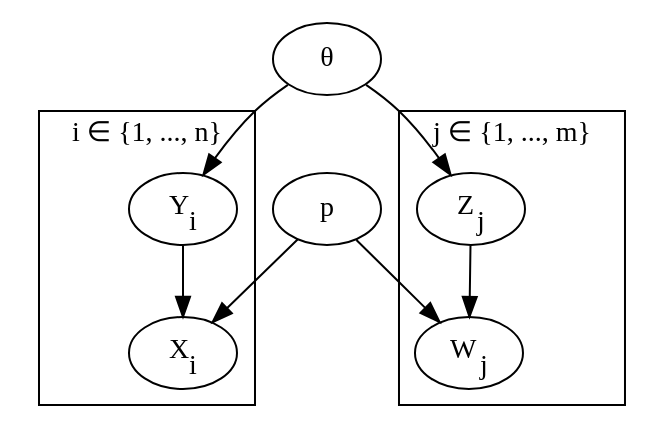
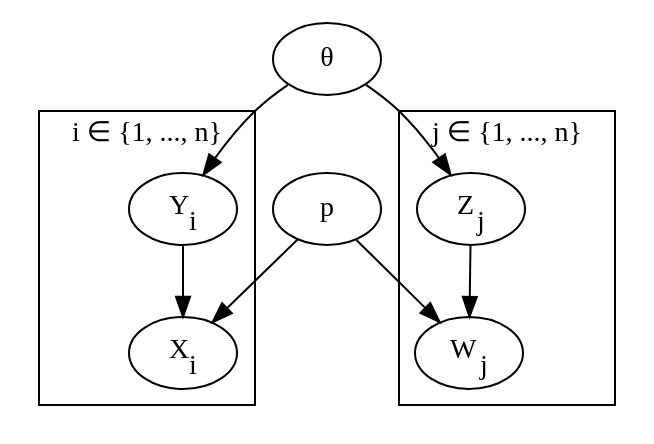
The diagram in bayes1.dot (CameronBieganek/three-bit-repetition), drawn with Graphviz before and after one commit. The commit also changed 1 other file, not shown here.

```diff
--- a/bayes1.dot
+++ b/bayes1.dot
@@ -1,24 +1,24 @@
 
 digraph {
     Y_i[label=<Y<SUB>i</SUB>>];
     X_i[label=<X<SUB>i</SUB>>];
     Z_j[label=<Z<SUB>j</SUB>>];
     W_j[label=<W<SUB>j</SUB>>];
 
     θ -> Y_i;
     θ -> Z_j;
     p -> X_i;
     p -> W_j;
     Y_i -> X_i;
     Z_j -> W_j;
 
     subgraph cluster_1 {
         label="i ∈ {1, ..., n}";
         Y_i; X_i;
     }
 
     subgraph cluster_2 {
-        label="j ∈ {1, ..., m}";
+        label="j ∈ {1, ..., n}";
         Z_j; W_j;
     }
 }
```
